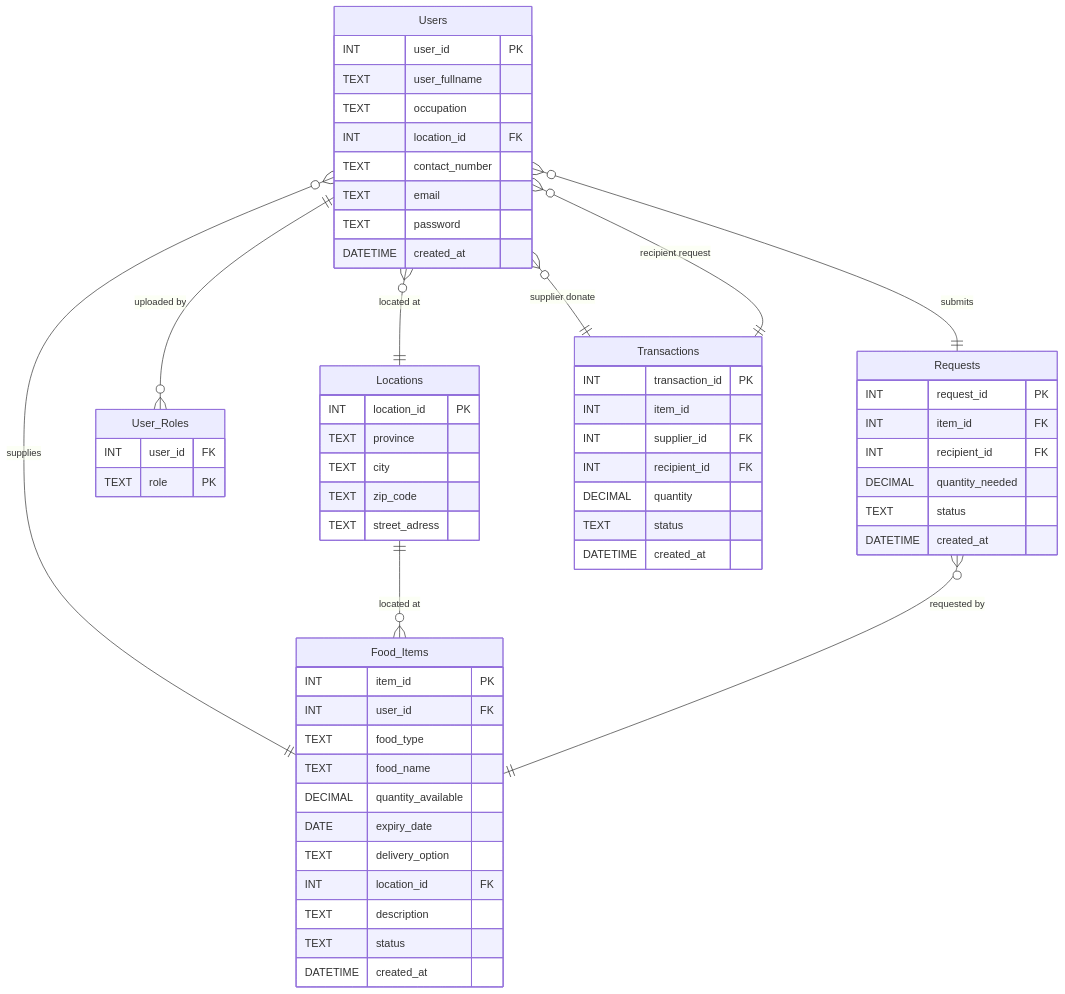
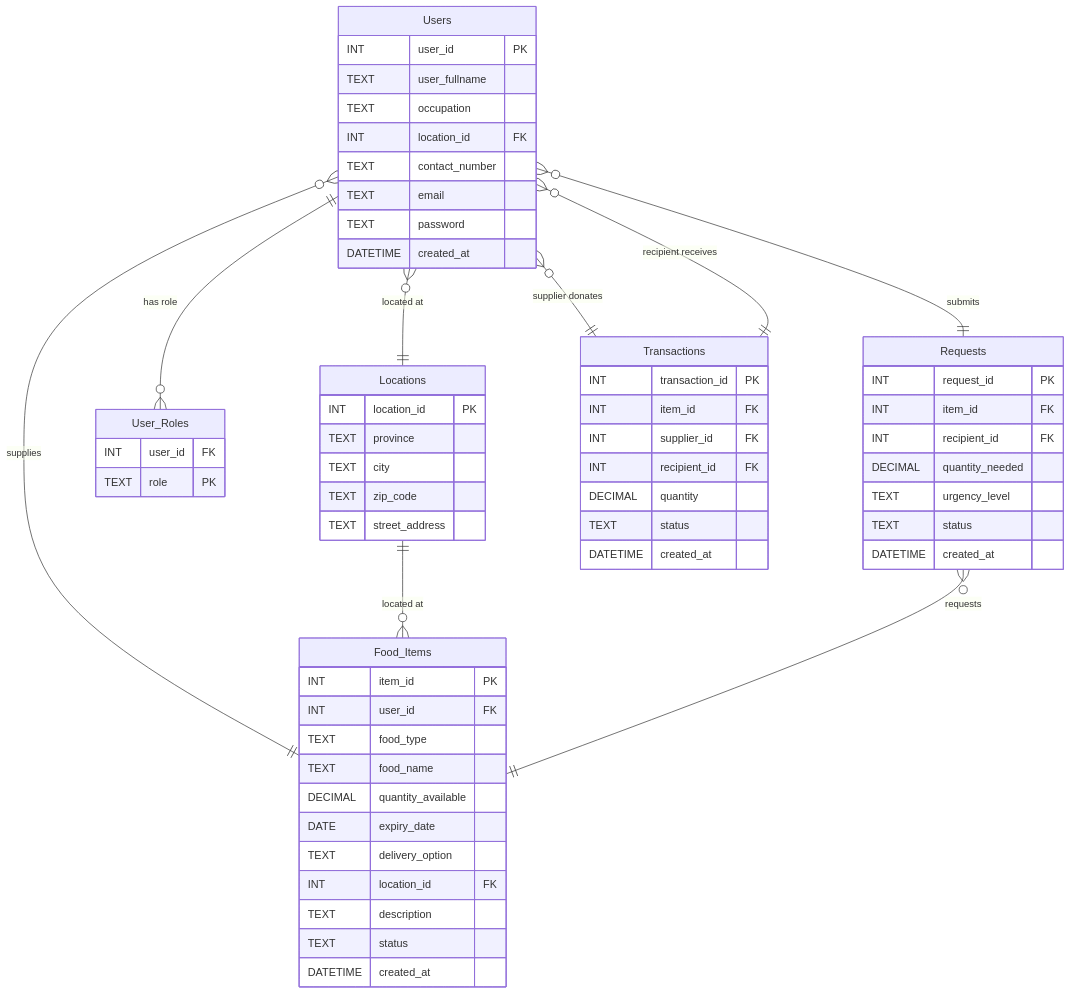
One commit to Lane-Smit/Group-7_FoodConnect- changed the diagram in README.md. Above: the diagram before and after it, drawn with Mermaid. The commit also changed other lines of this file, not shown here.

````diff
--- a/README.md
+++ b/README.md
@@ -146,68 +240,69 @@
 ```mermaid
 erDiagram
    Locations {
         INT  location_id PK
         TEXT province
         TEXT city
         TEXT zip_code
-        TEXT street_adress
+        TEXT street_address
     }
 
    Users {
         INT user_id PK
-        TEXT user_fullname 
+        TEXT user_fullname
         TEXT occupation
         INT location_id FK
         TEXT contact_number
         TEXT email
         TEXT password
         DATETIME created_at
     }
 
    User_Roles {
         INT user_id FK
         TEXT role PK
     }
 
    Requests {
         INT request_id PK
         INT item_id FK
         INT recipient_id FK
         DECIMAL quantity_needed
+        TEXT urgency_level
         TEXT status
         DATETIME created_at
     }
 
    Food_Items {
         INT item_id PK
         INT user_id FK
         TEXT food_type
         TEXT food_name
         DECIMAL quantity_available
         DATE expiry_date
         TEXT delivery_option
         INT location_id FK
         TEXT description
         TEXT status
         DATETIME created_at
     }
 
    Transactions {
         INT transaction_id PK
-        INT item_id
+        INT item_id FK
         INT supplier_id FK
         INT recipient_id FK
         DECIMAL quantity
         TEXT status
         DATETIME created_at
     }
 
    Users }o -- || Locations : "located at"
    Users }o -- || Requests : "submits"
    Users }o -- || Food_Items : "supplies"
-   Users }o -- || Transactions : "supplier donate"
-   Users }o -- || Transactions : "recipient request"
-   Users || -- o{ User_Roles : "uploaded by"  
-   Locations || -- o{ Food_Items : "located at"  
-   Requests }o -- || Food_Items : "requested by"  
+   Users }o -- || Transactions : "supplier donates"
+   Users }o -- || Transactions : "recipient receives"
+   Users || -- o{ User_Roles : "has role"
+   Locations || -- o{ Food_Items : "located at"
+   Requests }o -- || Food_Items : "requests"
 ```
````
